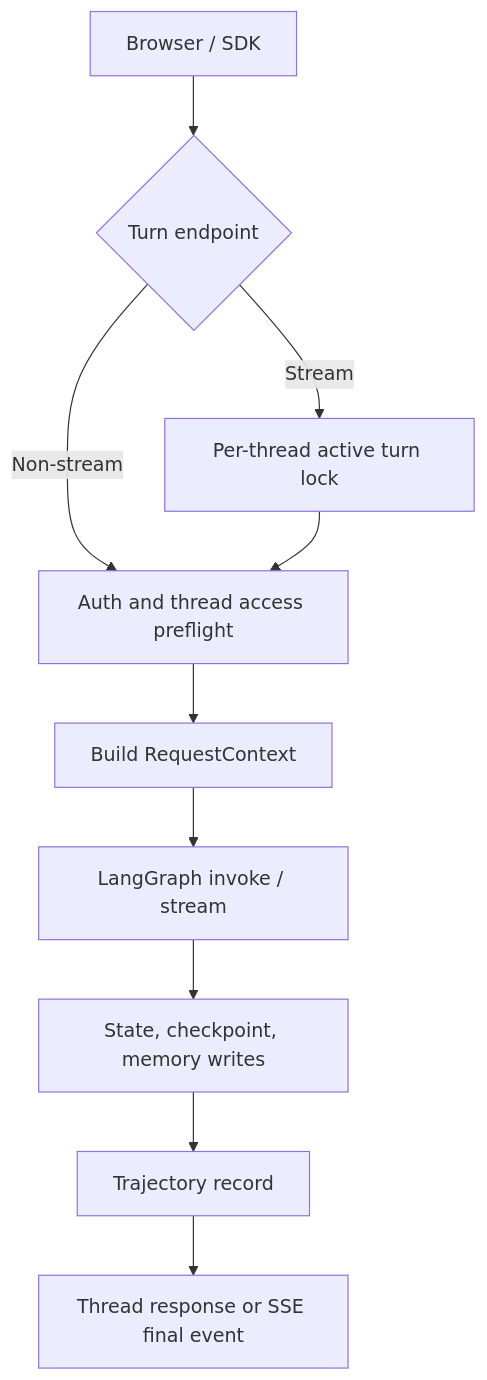
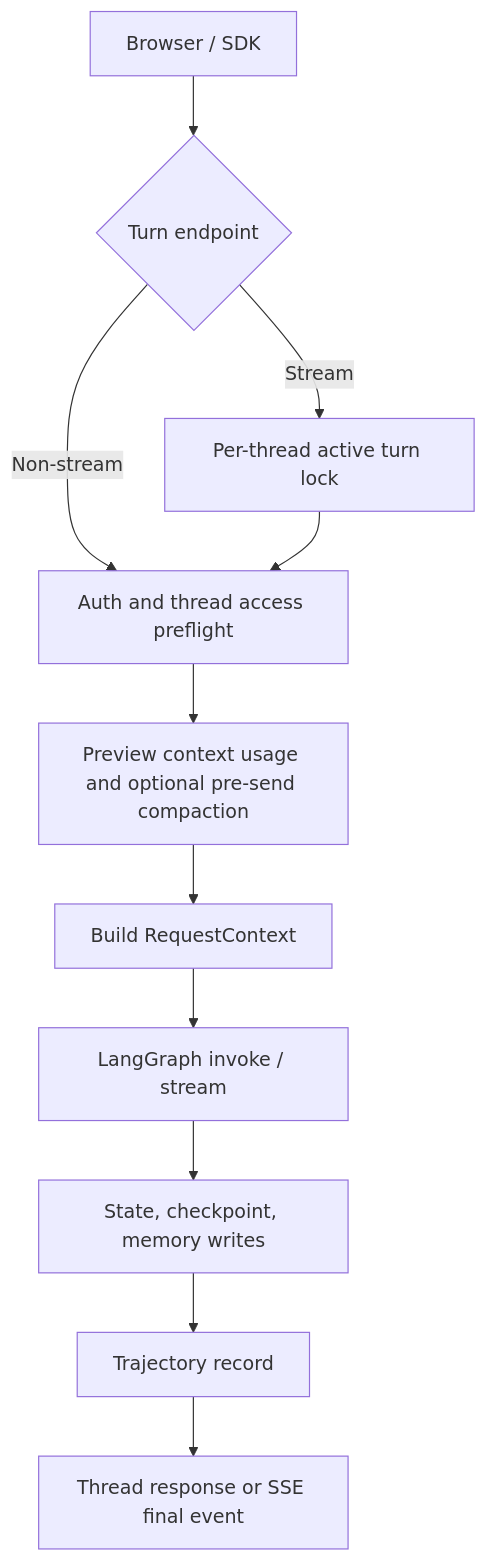
Before and after one commit to William-zgx/focus-agent: the second of 4 diagrams in docs/architecture.md, drawn with Mermaid. The commit also changed other lines of this file and 7 other files, not shown here.

Commit message:
docs(context): document context window compaction

````diff
--- a/docs/architecture.md
+++ b/docs/architecture.md
@@ -145,12 +145,13 @@
 ```mermaid
 flowchart TD
     Client["Browser / SDK"] --> Entry{"Turn endpoint"}
     Entry -- "Non-stream" --> Preflight["Auth and thread access preflight"]
     Entry -- "Stream" --> Lock["Per-thread active turn lock"]
     Lock --> Preflight
-    Preflight --> Context["Build RequestContext"]
+    Preflight --> Usage["Preview context usage and optional pre-send compaction"]
+    Usage --> Context["Build RequestContext"]
     Context --> Graph["LangGraph invoke / stream"]
     Graph --> Persist["State, checkpoint, memory writes"]
     Persist --> Trace["Trajectory record"]
     Trace --> Response["Thread response or SSE final event"]
 ```
````
